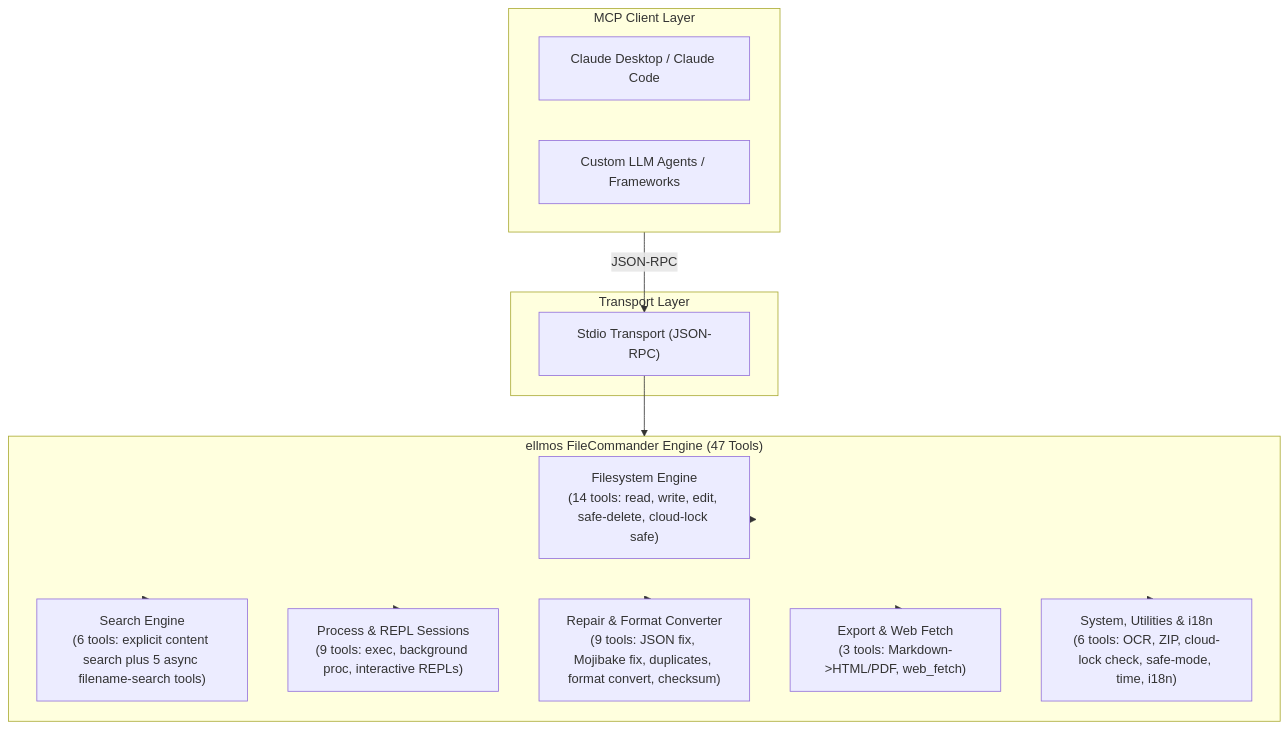
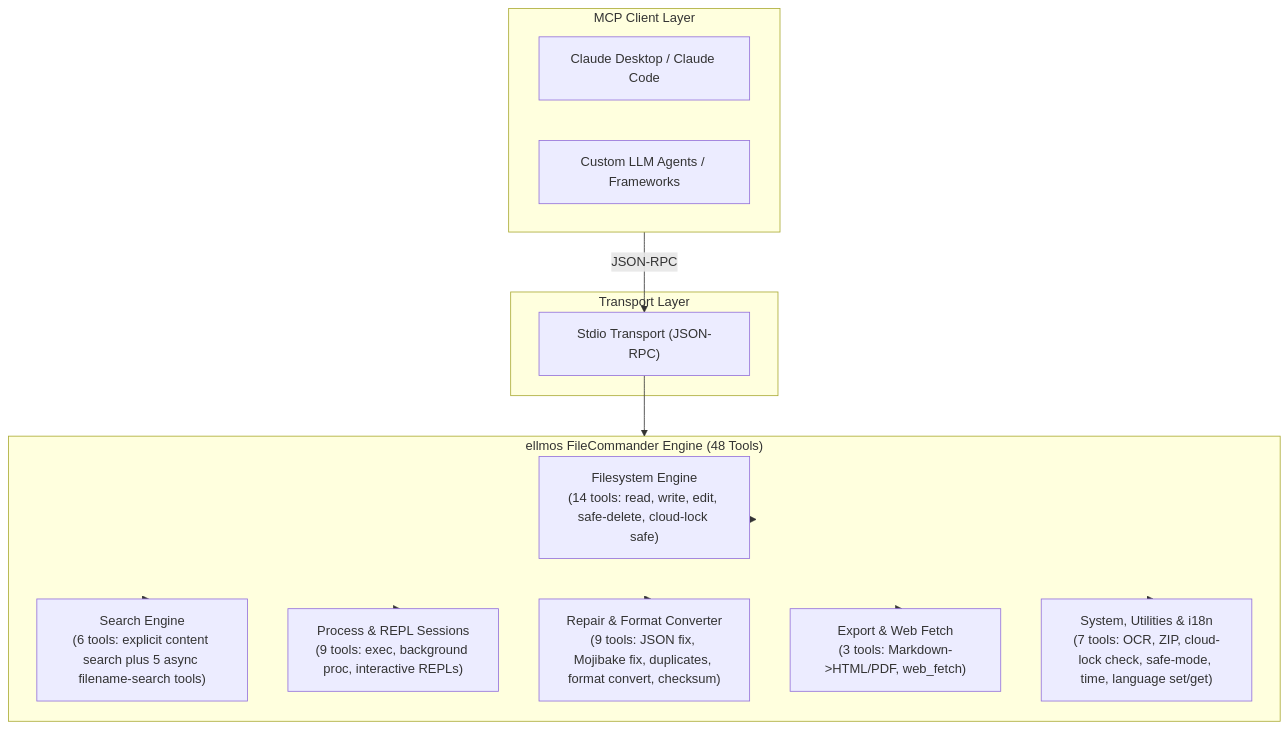
The first of 2 diagrams in README.md (lukisch/bach-filecommander-mcp), drawn with Mermaid before and after one commit. The commit also changed other lines of this file and 19 other files, not shown here.

````diff
--- a/README.md
+++ b/README.md
@@ -63,29 +63,29 @@
 ```mermaid
 flowchart TD
     subgraph Client["MCP Client Layer"]
         Claude["Claude Desktop / Claude Code"]
         Custom["Custom LLM Agents / Frameworks"]
     end
 
     subgraph Transport["Transport Layer"]
         Stdio["Stdio Transport (JSON-RPC)"]
     end
 
-    subgraph Core["ellmos FileCommander Engine (47 Tools)"]
+    subgraph Core["ellmos FileCommander Engine (48 Tools)"]
         FS["Filesystem Engine\n(14 tools: read, write, edit, safe-delete, cloud-lock safe)"]
         Search["Search Engine\n(6 tools: explicit content search plus 5 async filename-search tools)"]
         Proc["Process & REPL Sessions\n(9 tools: exec, background proc, interactive REPLs)"]
         Repair["Repair & Format Converter\n(9 tools: JSON fix, Mojibake fix, duplicates, format convert, checksum)"]
         Export["Export & Web Fetch\n(3 tools: Markdown->HTML/PDF, web_fetch)"]
-        Sys["System, Utilities & i18n\n(6 tools: OCR, ZIP, cloud-lock check, safe-mode, time, i18n)"]
+        Sys["System, Utilities & i18n\n(7 tools: OCR, ZIP, cloud-lock check, safe-mode, time, language set/get)"]
     end
 
     Client -->|JSON-RPC| Stdio
     Stdio --> Core
     Core --> FS
     Core --> Search
     Core --> Proc
     Core --> Repair
     Core --> Export
     Core --> Sys
 ```
````
